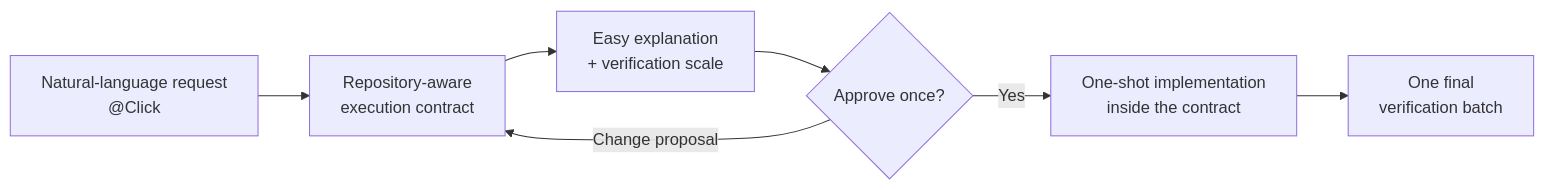
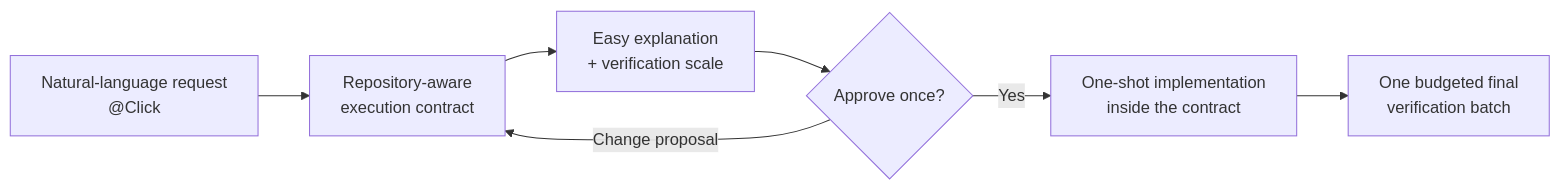
Before and after one commit to grapefruit0205/build-brief: the diagram in README.md, drawn with Mermaid. The commit also changed other lines of this file and 10 other files, not shown here.

````diff
--- a/README.md
+++ b/README.md
@@ -22,9 +22,9 @@
 ```mermaid
 flowchart LR
     A["Natural-language request<br/>@Click"] --> B["Repository-aware<br/>execution contract"]
     B --> C["Easy explanation<br/>+ verification scale"]
     C --> D{"Approve once?"}
     D -->|Yes| E["One-shot implementation<br/>inside the contract"]
-    E --> F["One final<br/>verification batch"]
+    E --> F["One budgeted final<br/>verification batch"]
     D -->|Change proposal| B
 ```
````
